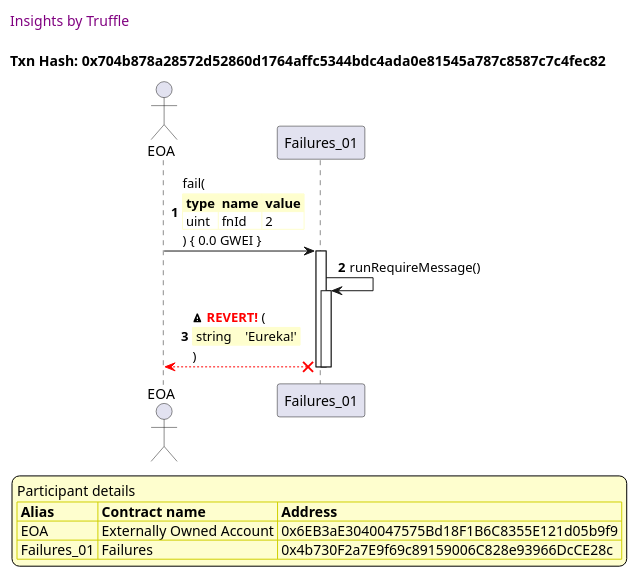
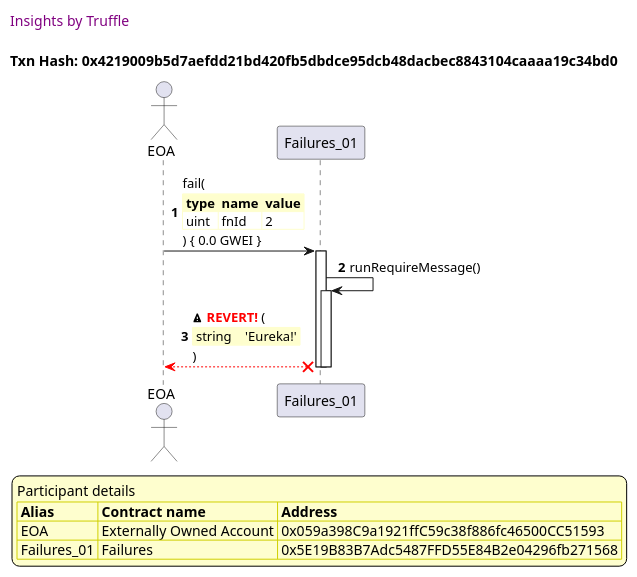
The third of 12 diagrams in truffle-seq/failures.test.md (trufflesuite/txlog-seedlings), drawn with PlantUML before and after one commit. The commit also changed other lines of this file and 8 other files, not shown here.

````diff
--- a/truffle-seq/failures.test.md
+++ b/truffle-seq/failures.test.md
@@ -123,45 +123,45 @@
 ```plantuml
 
 
 @startuml
 
 autonumber
 skinparam legendBackgroundColor #FEFECE
 
 <style>
       header {
         HorizontalAlignment left
         FontColor purple
         FontSize 14
         Padding 10
       }
     </style>
 
 header Insights by Truffle
 
-title Txn Hash: 0x704b878a28572d52860d1764affc5344bdc4ada0e81545a787c8587c7c4fec82
+title Txn Hash: 0x4219009b5d7aefdd21bd420fb5dbdce95dcb48dacbec8843104caaaa19c34bd0
 
 
 actor EOA as "EOA"
 participant Failures_01 as "Failures_01"
 
 "EOA" -> "Failures_01" ++: fail(\n\
 <#FEFECE,#FEFECE>|= type |= name |= value |\n\
 | uint | fnId | 2 |\n\
 ) { 0.0 GWEI }
 "Failures_01" -> "Failures_01" ++: runRequireMessage()
 "Failures_01" x-[#red]-> "EOA" --: <&warning> <color #red>**REVERT!**</color> (\n\
 <#FEFECE,#FEFECE>| string |  | 'Eureka!' |\n\
 )
 deactivate "Failures_01"
 deactivate "Failures_01"
 
 legend
 Participant details
 <#FEFECE,#D0D000>|= Alias |= Contract name |= Address |
-<#FEFECE>| EOA | Externally Owned Account | 0x6EB3aE3040047575Bd18F1B6C8355E121d05b9f9 |
-<#FEFECE>| Failures_01 | Failures | 0x4b730F2a7E9f69c89159006C828e93966DcCE28c |
+<#FEFECE>| EOA | Externally Owned Account | 0x059a398C9a1921ffC59c38f886fc46500CC51593 |
+<#FEFECE>| Failures_01 | Failures | 0x5E19B83B7Adc5487FFD55E84B2e04296fb271568 |
 endlegend
 
 @enduml
 ```
````
